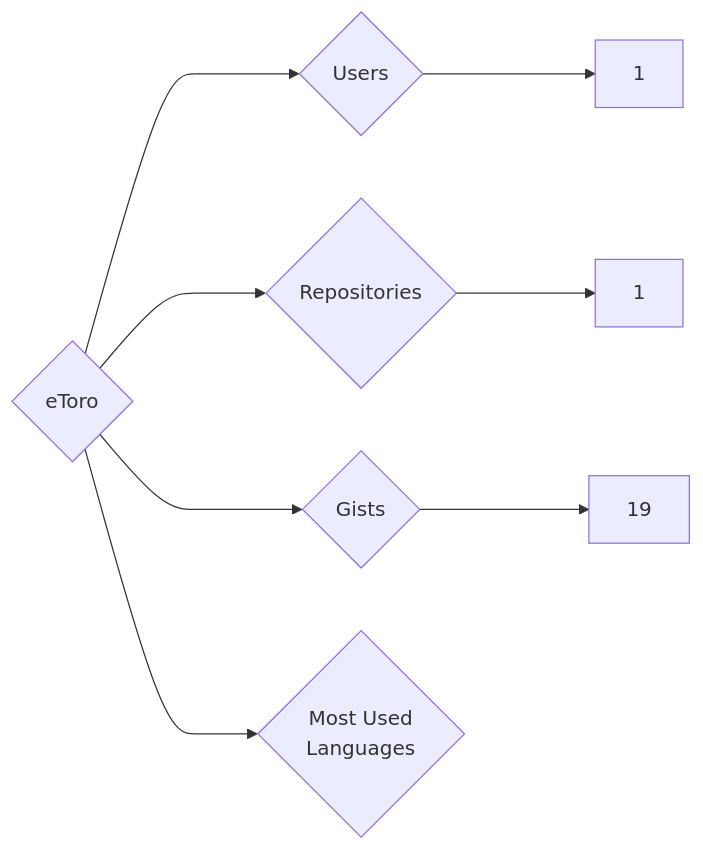
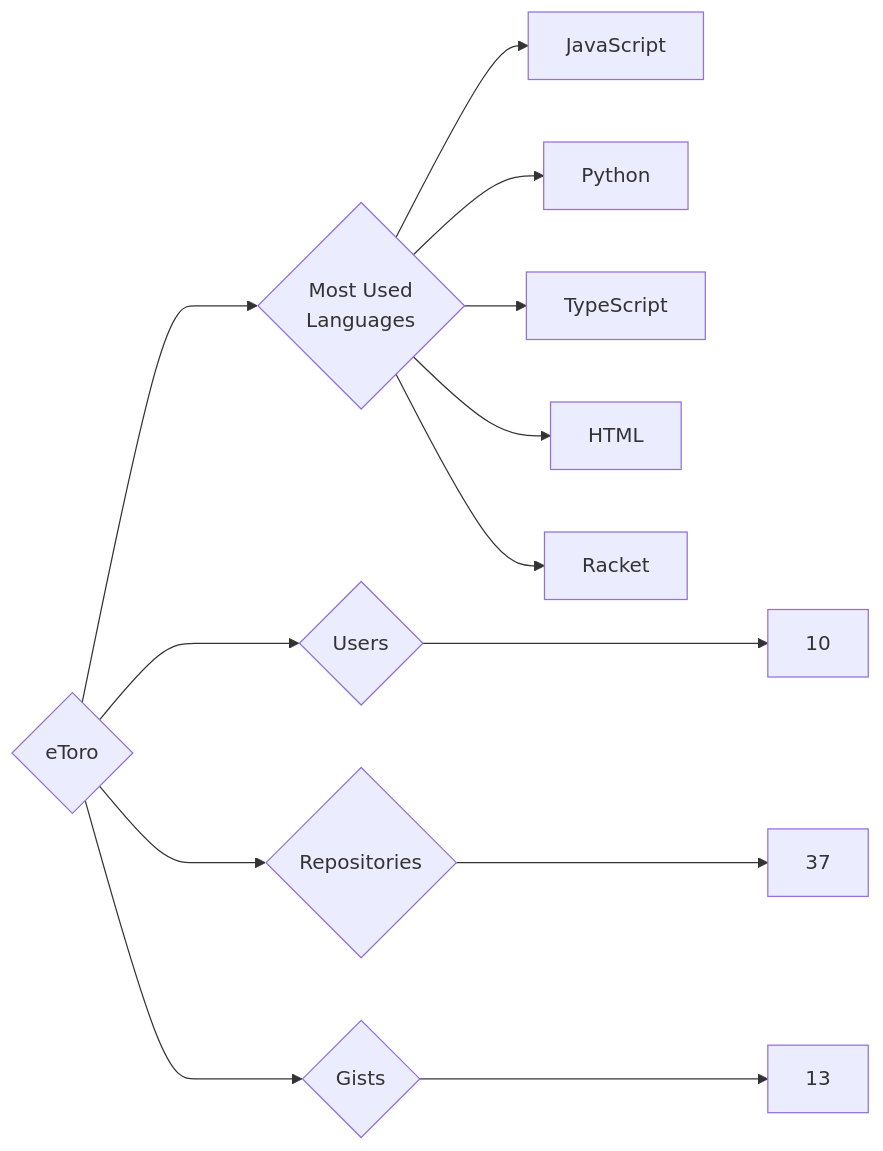
The diagram in targets/eToro/README.md (trickest/insiders), drawn with Mermaid before and after one commit. The commit also changed 799 other files, not shown here.

````diff
--- a/targets/eToro/README.md
+++ b/targets/eToro/README.md
@@ -3,8 +3,13 @@
 ```mermaid
 graph LR
 COMPANY_NAME{eToro}
-COMPANY_NAME ---> U{Users} ---> UN[1]
-COMPANY_NAME ---> R{Repositories} ---> RN[1]
-COMPANY_NAME ---> G{Gists} ---> GN[19]
+COMPANY_NAME ---> U{Users} ---> UN[10]
+COMPANY_NAME ---> R{Repositories} ---> RN[37]
+COMPANY_NAME ---> G{Gists} ---> GN[13]
 COMPANY_NAME ---> ML{Most Used<br>Languages}
+ML --> JavaScript[JavaScript]
+ML --> Python[Python]
+ML --> TypeScript[TypeScript]
+ML --> HTML[HTML]
+ML --> Racket[Racket]
 ```
````
